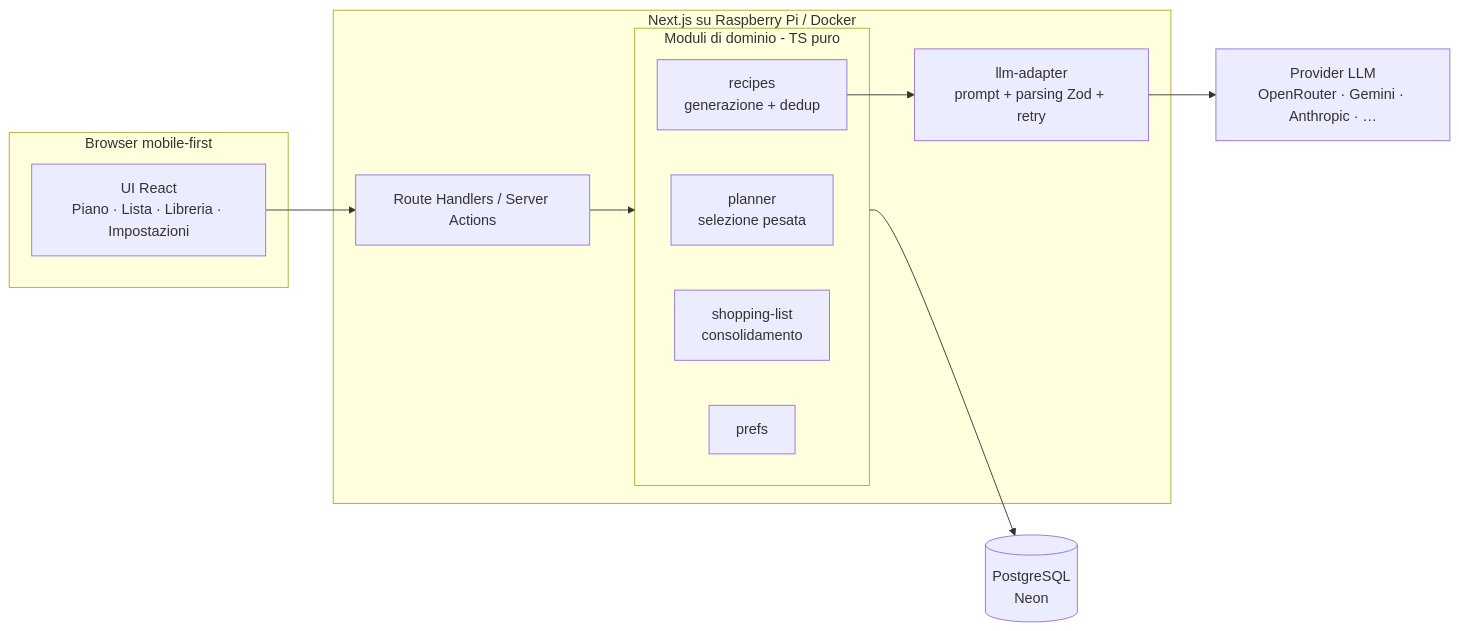
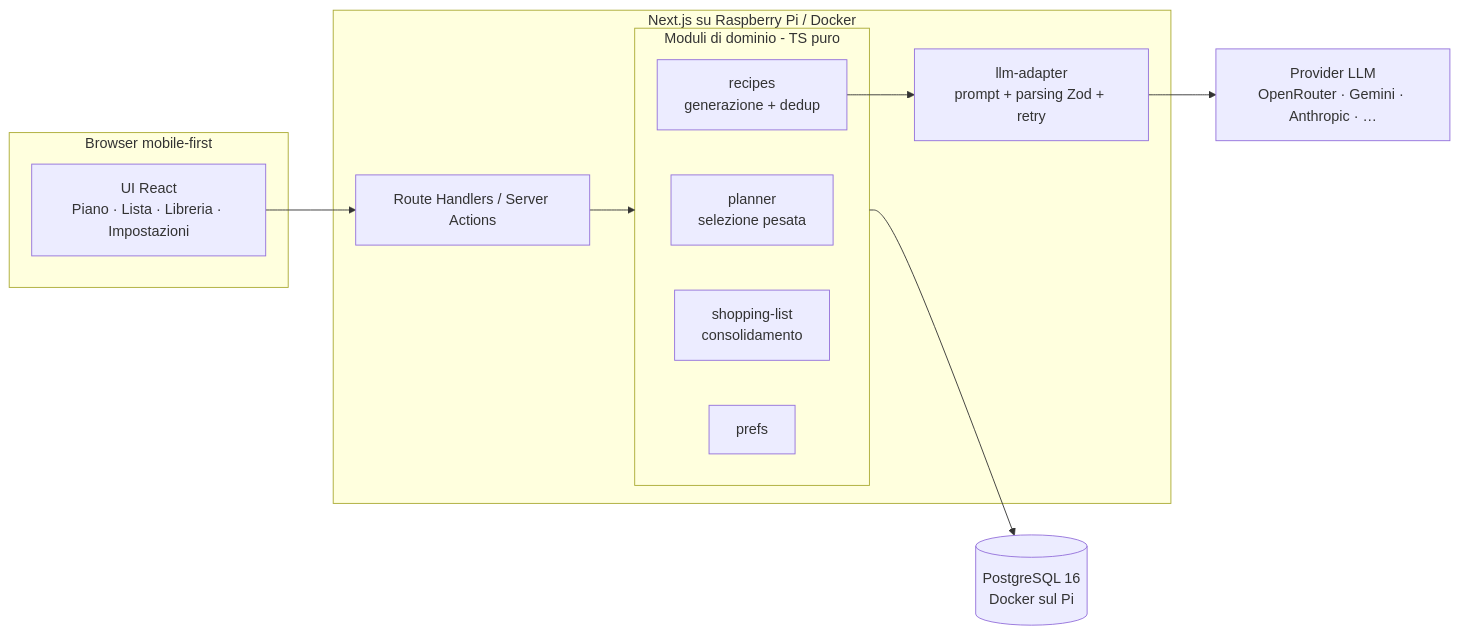
Before and after one commit to Elverle/Mealy: the diagram in docs/ARCHITECTURE.md, drawn with Mermaid. The commit also changed other lines of this file and 59 other files, not shown here.

````diff
--- a/docs/ARCHITECTURE.md
+++ b/docs/ARCHITECTURE.md
@@ -52,26 +52,26 @@
 ```mermaid
 flowchart LR
     subgraph Client [Browser mobile-first]
         UI[UI React<br/>Piano · Lista · Libreria · Impostazioni]
     end
 
     subgraph Next [Next.js su Raspberry Pi / Docker]
         API[Route Handlers / Server Actions]
         subgraph Dominio [Moduli di dominio - TS puro]
             PL[planner<br/>selezione pesata]
             RE[recipes<br/>generazione + dedup]
             SL[shopping-list<br/>consolidamento]
             PR[prefs]
         end
         LLMA[llm-adapter<br/>prompt + parsing Zod + retry]
     end
 
-    DB[(PostgreSQL<br/>Neon)]
+    DB[(PostgreSQL 16<br/>Docker sul Pi)]
     ANT[Provider LLM<br/>OpenRouter · Gemini · Anthropic · …]
 
     UI --> API
     API --> Dominio
     RE --> LLMA
     LLMA --> ANT
     Dominio --> DB
 ```
````
